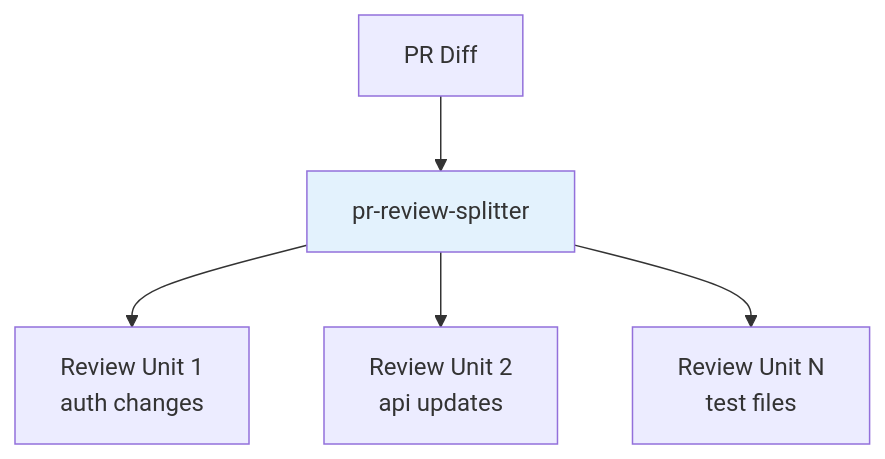
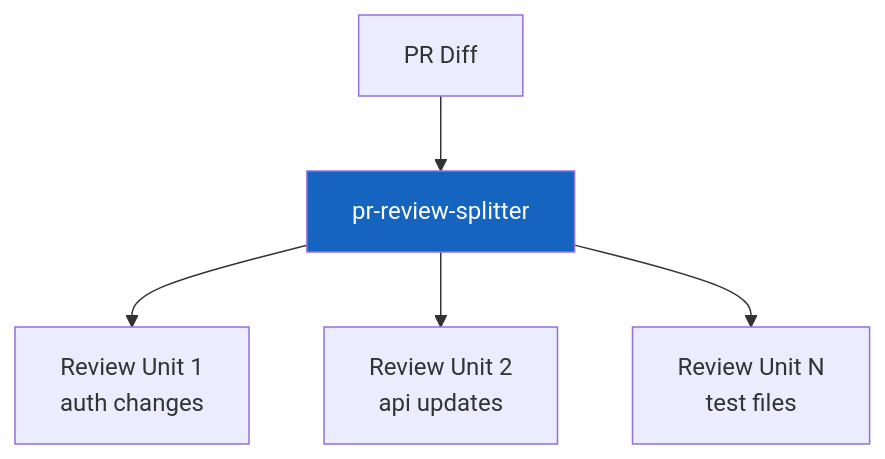
One commit to rp1-run/rp1 changed the fourth of 6 diagrams in docs/concepts/map-reduce-workflows.md. Above: the diagram before and after it, drawn with Mermaid. The commit also changed other lines of this file and 17 other files, not shown here.

````diff
--- a/docs/concepts/map-reduce-workflows.md
+++ b/docs/concepts/map-reduce-workflows.md
@@ -127,10 +127,10 @@
 ```mermaid
 flowchart TB
     PR[PR Diff] --> Splitter[pr-review-splitter]
 
     Splitter --> RU1[Review Unit 1<br/>auth changes]
     Splitter --> RU2[Review Unit 2<br/>api updates]
     Splitter --> RU3[Review Unit N<br/>test files]
 
-    style Splitter fill:#e3f2fd
+    style Splitter fill:#1565c0,color:#fff
 ```
````
